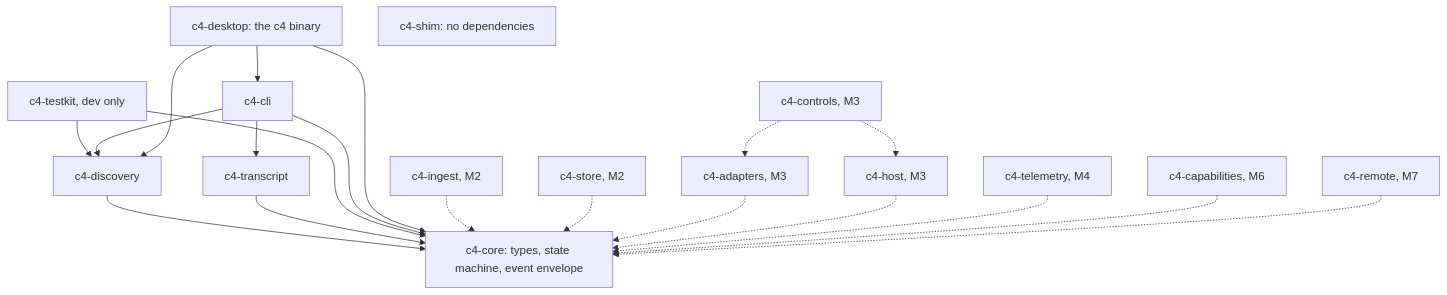
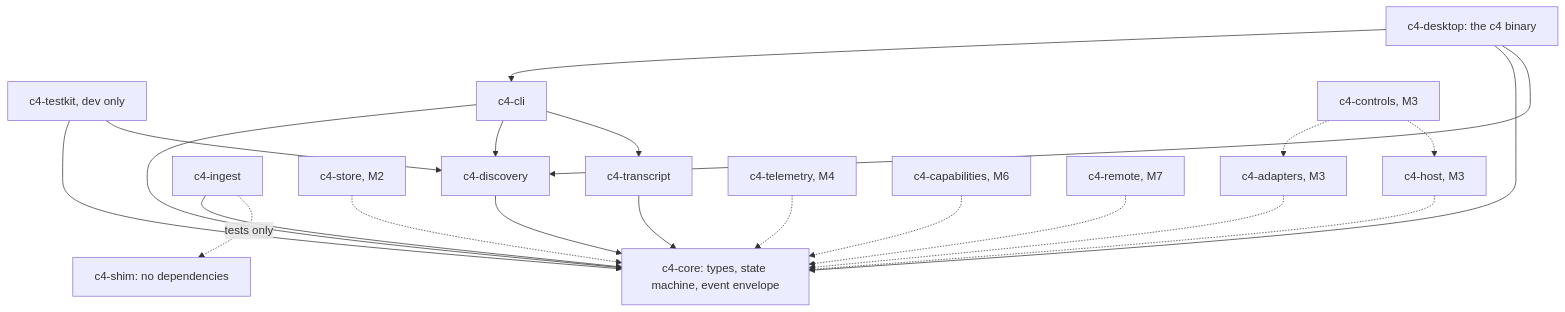
The first of 4 diagrams in docs/ARCHITECTURE.md (watchthelight/C4), drawn with Mermaid before and after one commit. The commit also changed other lines of this file and 40 other files, not shown here.

````diff
--- a/docs/ARCHITECTURE.md
+++ b/docs/ARCHITECTURE.md
@@ -27,24 +27,25 @@
 ```mermaid
 graph TD
     core[c4-core: types, state machine, event envelope]
     discovery[c4-discovery] --> core
     transcript[c4-transcript] --> core
     testkit[c4-testkit, dev only] --> core
     testkit --> discovery
     cli[c4-cli] --> core
     cli --> discovery
     cli --> transcript
     desktop[c4-desktop: the c4 binary] --> cli
     desktop --> core
     desktop --> discovery
-    ingest[c4-ingest, M2] -.-> core
+    ingest[c4-ingest] --> core
     store[c4-store, M2] -.-> core
     shim[c4-shim: no dependencies]
+    ingest -. tests only .-> shim
     adapters[c4-adapters, M3] -.-> core
     host[c4-host, M3] -.-> core
     controls[c4-controls, M3] -.-> adapters
     controls -.-> host
     telemetry[c4-telemetry, M4] -.-> core
     capabilities[c4-capabilities, M6] -.-> core
     remote[c4-remote, M7] -.-> core
 ```
````
